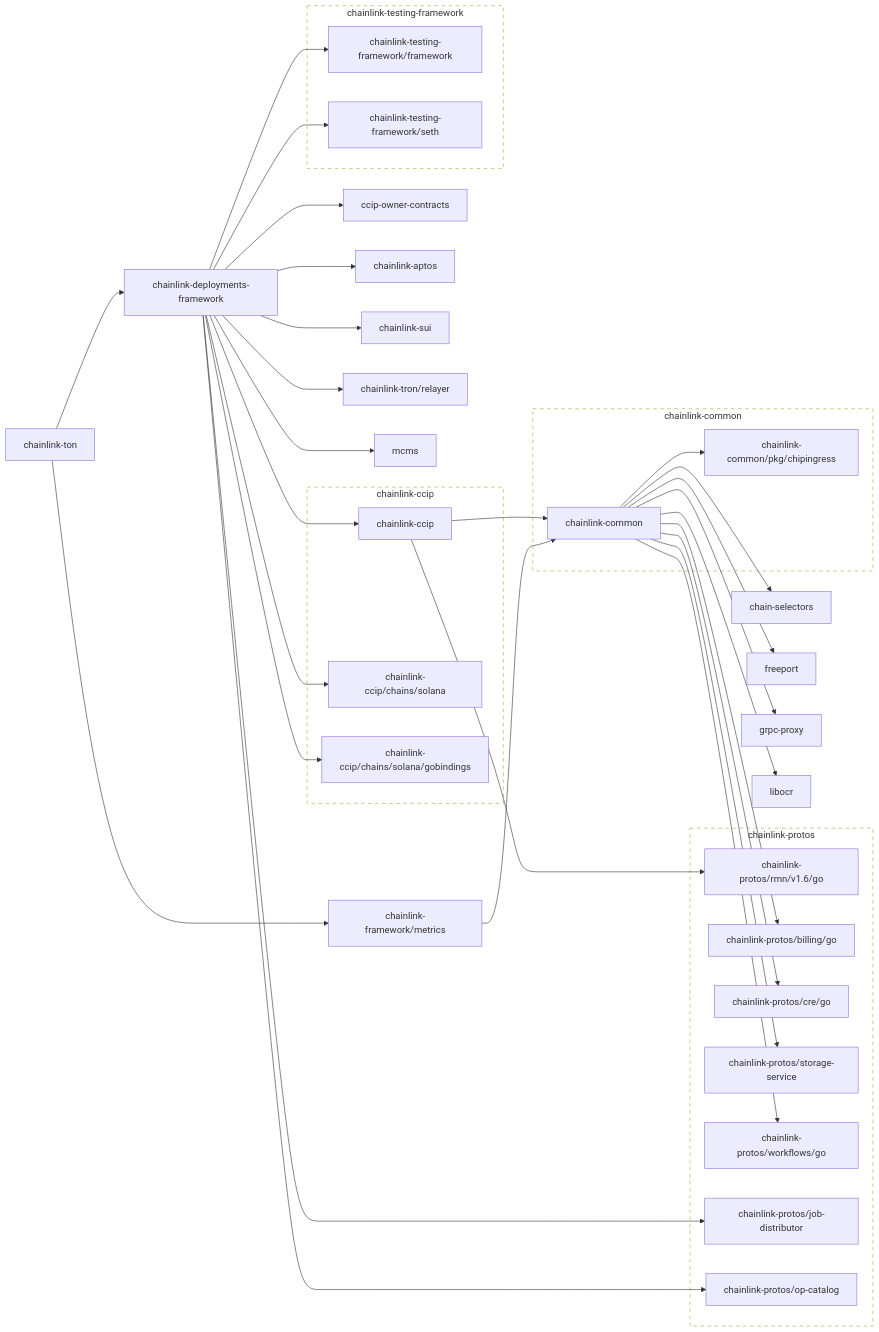
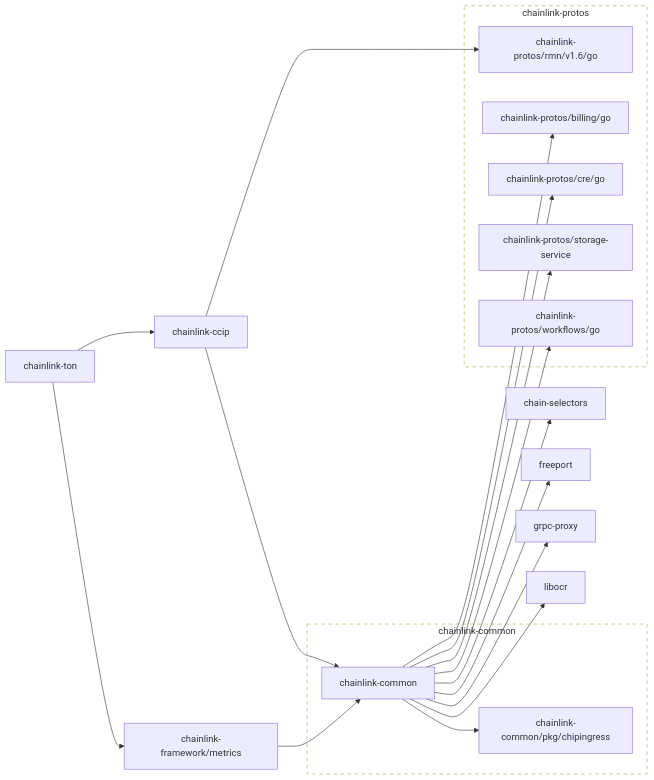
The first of 2 diagrams in go.md (smartcontractkit/chainlink-ton), drawn with Mermaid before and after one commit. The commit also changed other lines of this file, not shown here.

Commit message:
clean go.md

````diff
--- a/go.md
+++ b/go.md
@@ -3,19 +3,11 @@
 ```mermaid
 flowchart LR
 
-	ccip-owner-contracts
-	click ccip-owner-contracts href "https://github.com/smartcontractkit/ccip-owner-contracts"
 	chain-selectors
 	click chain-selectors href "https://github.com/smartcontractkit/chain-selectors"
-	chainlink-aptos
-	click chainlink-aptos href "https://github.com/smartcontractkit/chainlink-aptos"
 	chainlink-ccip --> chainlink-common
 	chainlink-ccip --> chainlink-protos/rmn/v1.6/go
 	click chainlink-ccip href "https://github.com/smartcontractkit/chainlink-ccip"
-	chainlink-ccip/chains/solana
-	click chainlink-ccip/chains/solana href "https://github.com/smartcontractkit/chainlink-ccip"
-	chainlink-ccip/chains/solana/gobindings
-	click chainlink-ccip/chains/solana/gobindings href "https://github.com/smartcontractkit/chainlink-ccip"
 	chainlink-common --> chain-selectors
 	chainlink-common --> chainlink-common/pkg/chipingress
 	chainlink-common --> chainlink-protos/billing/go
@@ -28,61 +20,27 @@
 	click chainlink-common href "https://github.com/smartcontractkit/chainlink-common"
 	chainlink-common/pkg/chipingress
 	click chainlink-common/pkg/chipingress href "https://github.com/smartcontractkit/chainlink-common"
-	chainlink-deployments-framework --> ccip-owner-contracts
-	chainlink-deployments-framework --> chainlink-aptos
-	chainlink-deployments-framework --> chainlink-ccip
-	chainlink-deployments-framework --> chainlink-ccip/chains/solana
-	chainlink-deployments-framework --> chainlink-ccip/chains/solana/gobindings
-	chainlink-deployments-framework --> chainlink-protos/job-distributor
-	chainlink-deployments-framework --> chainlink-protos/op-catalog
-	chainlink-deployments-framework --> chainlink-sui
-	chainlink-deployments-framework --> chainlink-testing-framework/framework
-	chainlink-deployments-framework --> chainlink-testing-framework/seth
-	chainlink-deployments-framework --> chainlink-tron/relayer
-	chainlink-deployments-framework --> mcms
-	click chainlink-deployments-framework href "https://github.com/smartcontractkit/chainlink-deployments-framework"
 	chainlink-framework/metrics --> chainlink-common
 	click chainlink-framework/metrics href "https://github.com/smartcontractkit/chainlink-framework"
 	chainlink-protos/billing/go
 	click chainlink-protos/billing/go href "https://github.com/smartcontractkit/chainlink-protos"
 	chainlink-protos/cre/go
 	click chainlink-protos/cre/go href "https://github.com/smartcontractkit/chainlink-protos"
-	chainlink-protos/job-distributor
-	click chainlink-protos/job-distributor href "https://github.com/smartcontractkit/chainlink-protos"
-	chainlink-protos/op-catalog
-	click chainlink-protos/op-catalog href "https://github.com/smartcontractkit/chainlink-protos"
 	chainlink-protos/rmn/v1.6/go
 	click chainlink-protos/rmn/v1.6/go href "https://github.com/smartcontractkit/chainlink-protos"
 	chainlink-protos/storage-service
 	click chainlink-protos/storage-service href "https://github.com/smartcontractkit/chainlink-protos"
 	chainlink-protos/workflows/go
 	click chainlink-protos/workflows/go href "https://github.com/smartcontractkit/chainlink-protos"
-	chainlink-sui
-	click chainlink-sui href "https://github.com/smartcontractkit/chainlink-sui"
-	chainlink-testing-framework/framework
-	click chainlink-testing-framework/framework href "https://github.com/smartcontractkit/chainlink-testing-framework"
-	chainlink-testing-framework/seth
-	click chainlink-testing-framework/seth href "https://github.com/smartcontractkit/chainlink-testing-framework"
-	chainlink-ton --> chainlink-deployments-framework
+	chainlink-ton --> chainlink-ccip
 	chainlink-ton --> chainlink-framework/metrics
 	click chainlink-ton href "https://github.com/smartcontractkit/chainlink-ton"
-	chainlink-tron/relayer
-	click chainlink-tron/relayer href "https://github.com/smartcontractkit/chainlink-tron"
 	freeport
 	click freeport href "https://github.com/smartcontractkit/freeport"
 	grpc-proxy
 	click grpc-proxy href "https://github.com/smartcontractkit/grpc-proxy"
 	libocr
 	click libocr href "https://github.com/smartcontractkit/libocr"
-	mcms
-	click mcms href "https://github.com/smartcontractkit/mcms"
-
-	subgraph chainlink-ccip-repo[chainlink-ccip]
-		 chainlink-ccip
-		 chainlink-ccip/chains/solana
-		 chainlink-ccip/chains/solana/gobindings
-	end
-	click chainlink-ccip-repo href "https://github.com/smartcontractkit/chainlink-ccip"
 
 	subgraph chainlink-common-repo[chainlink-common]
 		 chainlink-common
@@ -93,20 +51,12 @@
 	subgraph chainlink-protos-repo[chainlink-protos]
 		 chainlink-protos/billing/go
 		 chainlink-protos/cre/go
-		 chainlink-protos/job-distributor
-		 chainlink-protos/op-catalog
 		 chainlink-protos/rmn/v1.6/go
 		 chainlink-protos/storage-service
 		 chainlink-protos/workflows/go
 	end
 	click chainlink-protos-repo href "https://github.com/smartcontractkit/chainlink-protos"
 
-	subgraph chainlink-testing-framework-repo[chainlink-testing-framework]
-		 chainlink-testing-framework/framework
-		 chainlink-testing-framework/seth
-	end
-	click chainlink-testing-framework-repo href "https://github.com/smartcontractkit/chainlink-testing-framework"
-
 	classDef outline stroke-dasharray:6,fill:none;
-	class chainlink-ccip-repo,chainlink-common-repo,chainlink-protos-repo,chainlink-testing-framework-repo outline
+	class chainlink-common-repo,chainlink-protos-repo outline
 ```
````
